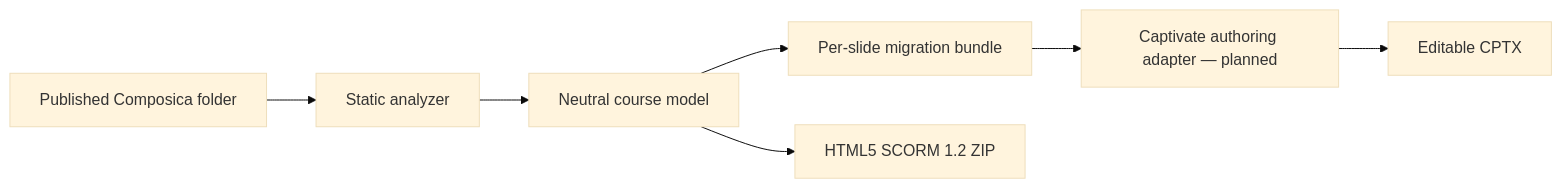
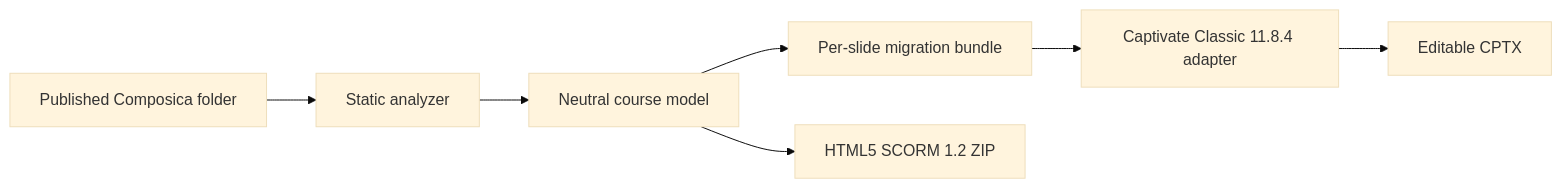
The diagram in README.md (byrneDev/Compos-a-toast), drawn with Mermaid (base theme) before and after one commit. The commit also changed other lines of this file and 40 other files, not shown here.

````diff
--- a/README.md
+++ b/README.md
@@ -26,9 +28,9 @@
 ```mermaid
 flowchart LR
   A["Published Composica folder"] --> B["Static analyzer"]
   B --> C["Neutral course model"]
   C --> D["Per-slide migration bundle"]
   C --> E["HTML5 SCORM 1.2 ZIP"]
-  D --> F["Captivate authoring adapter — planned"]
+  D --> F["Captivate Classic 11.8.4 adapter"]
   F --> G["Editable CPTX"]
 ```
````
